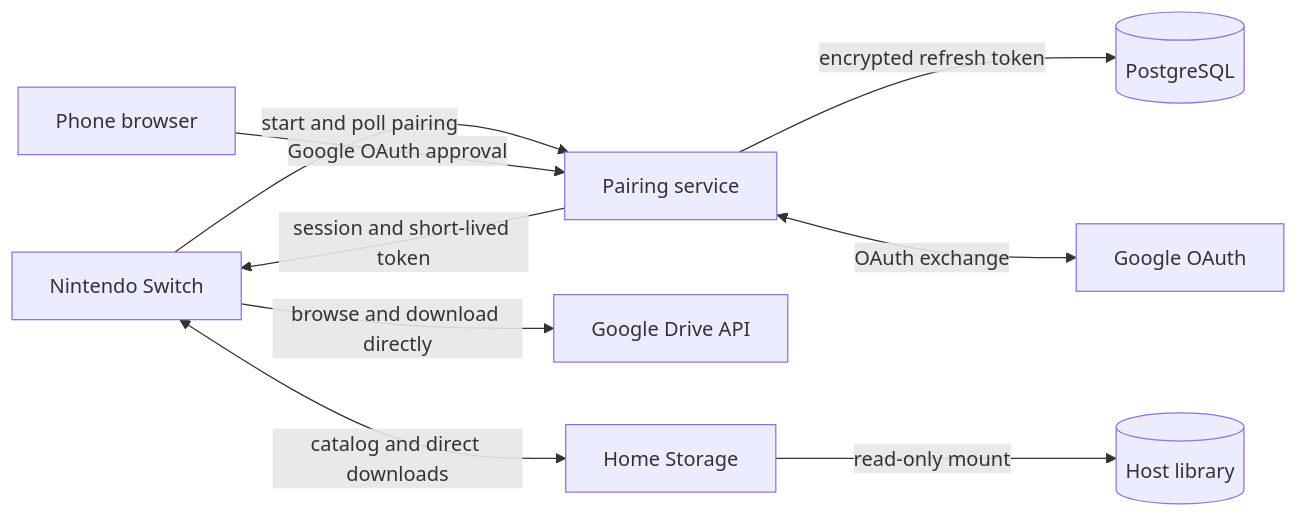
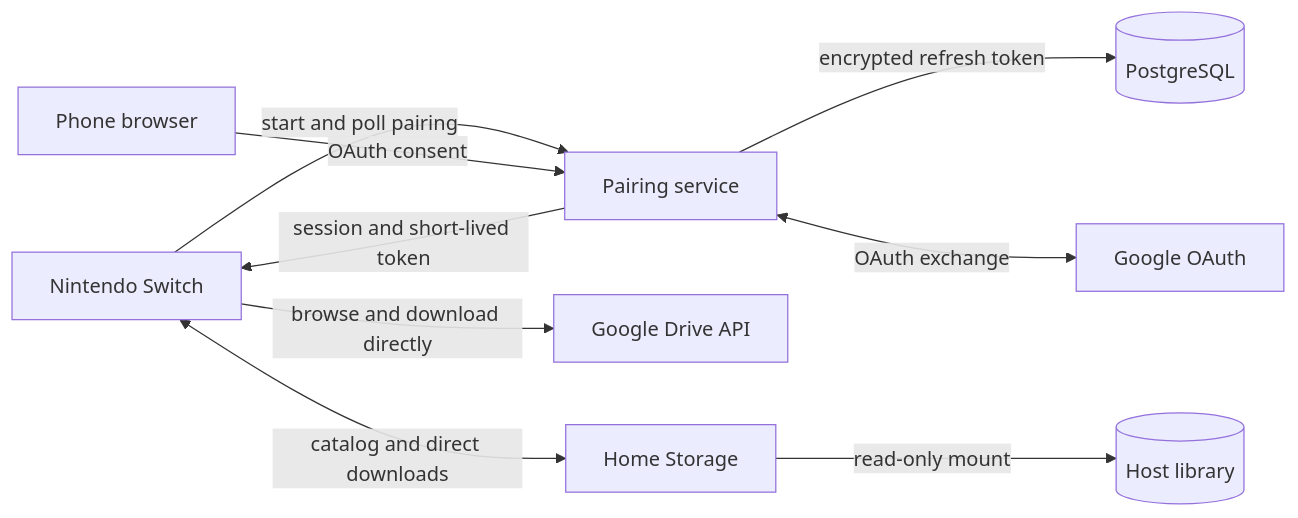
Before and after one commit to korefs/switch-drive: the diagram in README.md, drawn with Mermaid. The commit also changed other lines of this file and 25 other files, not shown here.

````diff
--- a/README.md
+++ b/README.md
@@ -79,11 +79,11 @@
 ```mermaid
 flowchart LR
     S[Nintendo Switch] -->|start and poll pairing| P[Pairing service]
     P -->|session and short-lived token| S
-    M[Phone browser] -->|Google OAuth approval| P
+    M[Phone browser] -->|OAuth consent| P
     P -->|encrypted refresh token| DB[(PostgreSQL)]
     P <-->|OAuth exchange| G[Google OAuth]
     S -->|browse and download directly| D[Google Drive API]
     S <-->|catalog and direct downloads| H[Home Storage]
     H -->|read-only mount| L[(Host library)]
 ```
````
